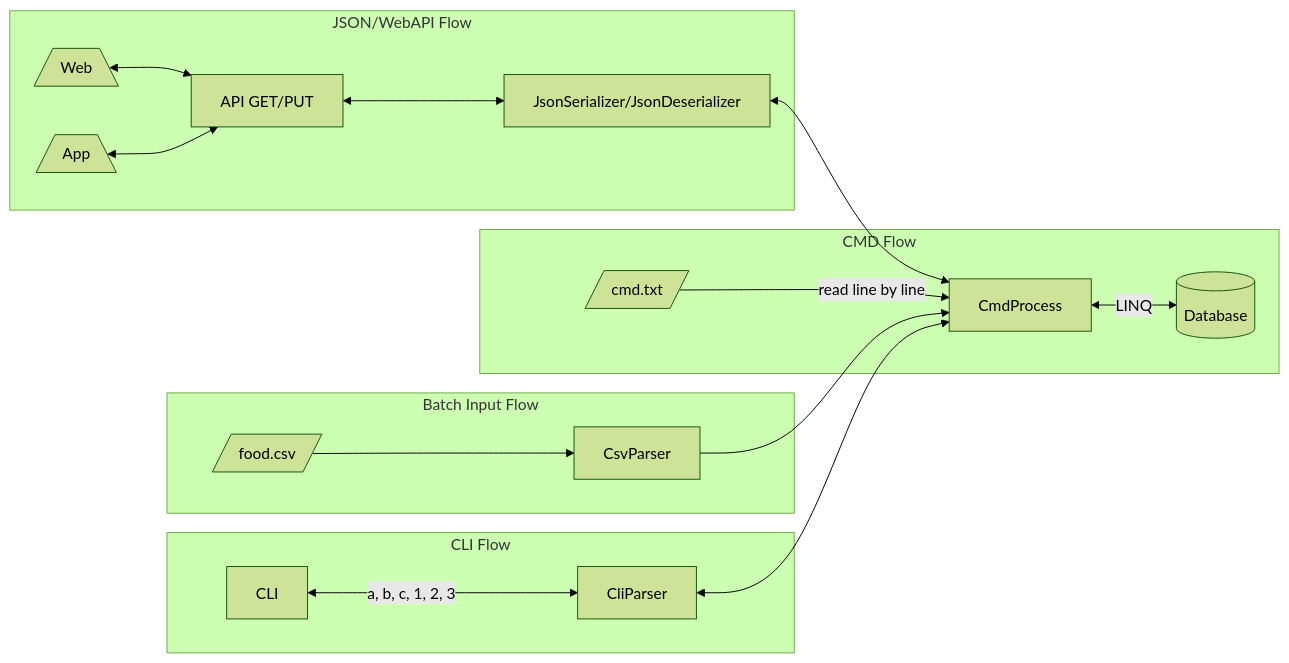
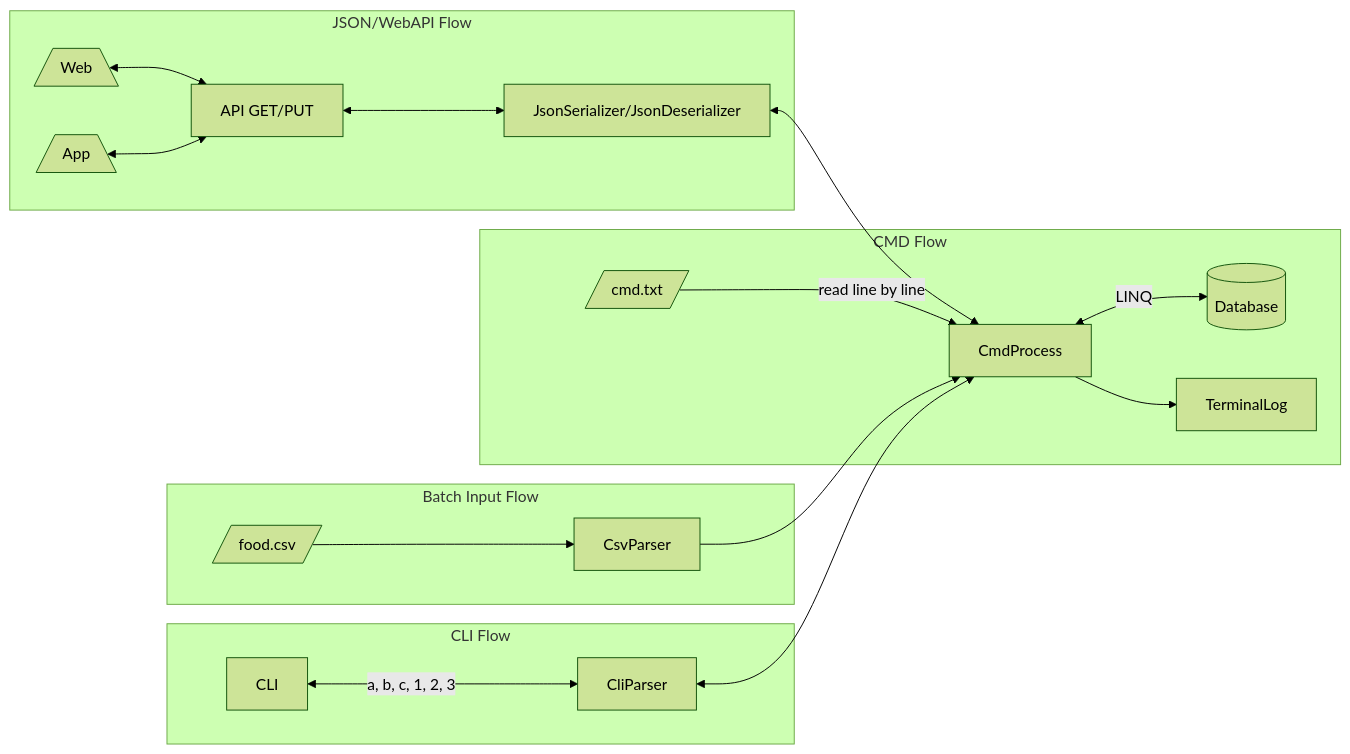
One commit to 9health/00-dotnet-tutorial changed the diagram in 201_samples/doc/Food_Demo_Prog.md. Above: the diagram before and after it, drawn with Mermaid (forest theme).

Commit message:
Add TerminalLog to display progress

````diff
--- a/201_samples/doc/Food_Demo_Prog.md
+++ b/201_samples/doc/Food_Demo_Prog.md
@@ -87,17 +87,18 @@
 ```mermaid
   flowchart LR;
     subgraph CMD Flow
       CMD_TXT[/cmd.txt/] --> |read line by line| CMD_PROC[CmdProcess] <--> |LINQ| Database[(Database)];
+      CMD_PROC --> TERMINAL_LOG[TerminalLog]
     end
     subgraph CLI Flow
       CLI <--> |a, b, c, 1, 2, 3| CLI_PARSER[CliParser] <--> CMD_PROC[CmdProcess];
     end
     subgraph Batch Input Flow
       FOOD_CSV[/food.csv/] --> CSV_PARSER[CsvParser] --> CMD_PROC[CmdProcess];
     end
     subgraph JSON/WebAPI Flow
       FROM_WEB[/Web\] <--> API
       FROM_APP[/App\] <--> API      
       API[API GET/PUT] <--> JSON_PROC[JsonSerializer/JsonDeserializer] <--> CMD_PROC[CmdProcess];
     end
 ```
````
